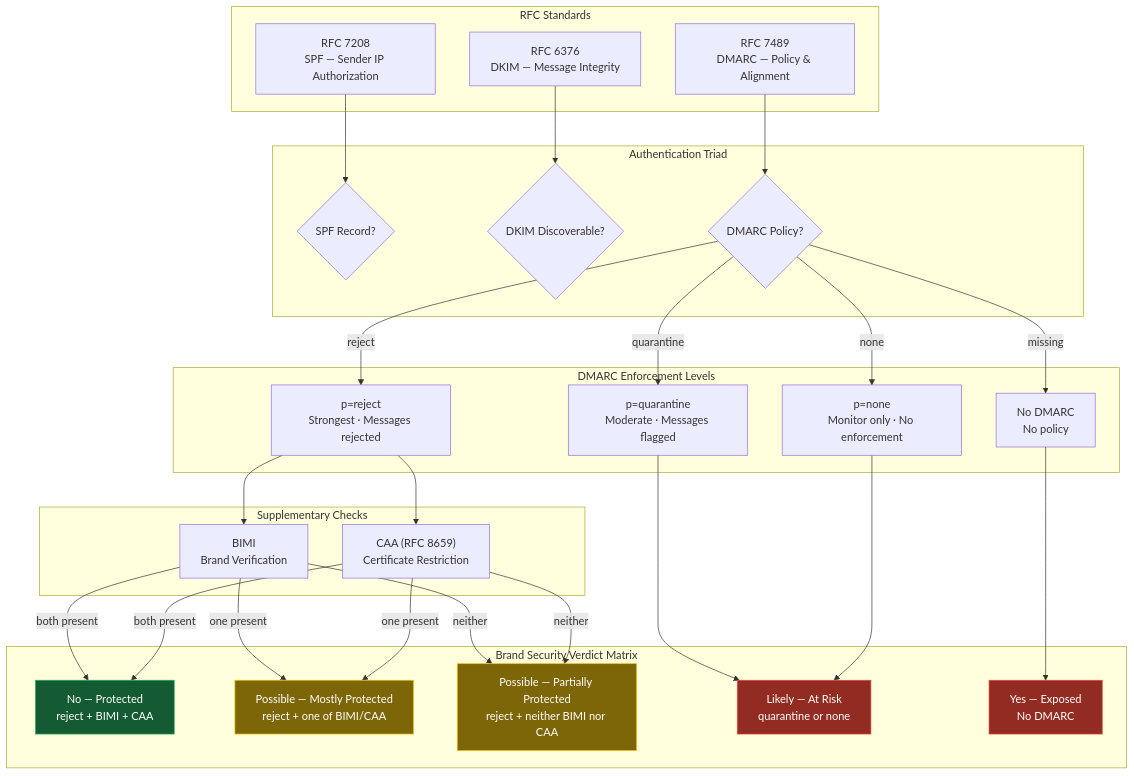
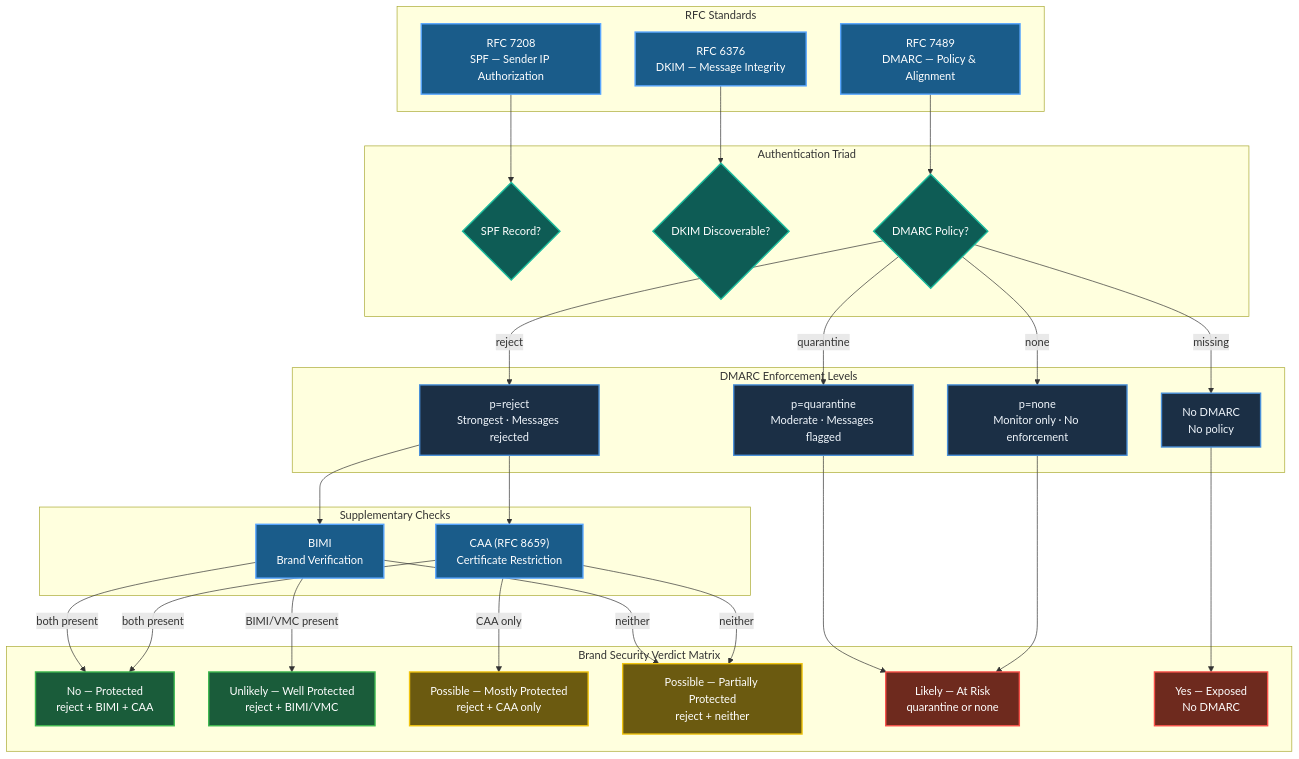
One commit to careyjames/DnsToolWeb changed the fifth of 7 diagrams in docs/architecture/SYSTEM_ARCHITECTURE.md. Above: the diagram before and after it, drawn with Mermaid. The commit also changed other lines of this file and 1 other file, not shown here.

First line of the commit message:
Enhance system architecture diagrams with brighter colors and updated styling

````diff
--- a/docs/architecture/SYSTEM_ARCHITECTURE.md
+++ b/docs/architecture/SYSTEM_ARCHITECTURE.md
@@ -233,56 +251,65 @@
 ```mermaid
 graph TB
     subgraph "RFC Standards"
         RFC7208["RFC 7208<br/>SPF — Sender IP Authorization"]
         RFC6376["RFC 6376<br/>DKIM — Message Integrity"]
         RFC7489["RFC 7489<br/>DMARC — Policy & Alignment"]
     end
 
     subgraph "Authentication Triad"
         SPFCheck{"SPF Record?"}
         DKIMCheck{"DKIM Discoverable?"}
         DMARCCheck{"DMARC Policy?"}
     end
 
     subgraph "DMARC Enforcement Levels"
         Reject["p=reject<br/>Strongest · Messages rejected"]
         Quarantine["p=quarantine<br/>Moderate · Messages flagged"]
         None["p=none<br/>Monitor only · No enforcement"]
         Missing["No DMARC<br/>No policy"]
     end
 
     subgraph "Supplementary Checks"
         BIMI2["BIMI<br/>Brand Verification"]
         CAA2["CAA (RFC 8659)<br/>Certificate Restriction"]
     end
 
     subgraph "Brand Security Verdict Matrix"
         Protected["No — Protected<br/>reject + BIMI + CAA"]
-        MostlyP["Possible — Mostly Protected<br/>reject + one of BIMI/CAA"]
-        PartialP["Possible — Partially Protected<br/>reject + neither BIMI nor CAA"]
+        WellP["Unlikely — Well Protected<br/>reject + BIMI/VMC"]
+        MostlyP["Possible — Mostly Protected<br/>reject + CAA only"]
+        PartialP["Possible — Partially Protected<br/>reject + neither"]
         AtRisk["Likely — At Risk<br/>quarantine or none"]
         Exposed["Yes — Exposed<br/>No DMARC"]
     end
 
     RFC7208 --> SPFCheck
     RFC6376 --> DKIMCheck
     RFC7489 --> DMARCCheck
     DMARCCheck -->|"reject"| Reject
     DMARCCheck -->|"quarantine"| Quarantine
     DMARCCheck -->|"none"| None
     DMARCCheck -->|"missing"| Missing
     Reject --> BIMI2 & CAA2
     BIMI2 & CAA2 -->|"both present"| Protected
-    BIMI2 & CAA2 -->|"one present"| MostlyP
+    BIMI2 -->|"BIMI/VMC present"| WellP
+    CAA2 -->|"CAA only"| MostlyP
     BIMI2 & CAA2 -->|"neither"| PartialP
     Quarantine --> AtRisk
     None --> AtRisk
     Missing --> Exposed
 
-    classDef safe fill:#145a32,stroke:#27ae60,color:#fff
-    classDef warn fill:#7d6608,stroke:#f1c40f,color:#fff
-    classDef danger fill:#922b21,stroke:#e74c3c,color:#fff
-    class Protected safe
+    classDef default fill:#1b2f45,stroke:#4a90d9,stroke-width:2px,color:#f0f6fc
+    classDef safe fill:#1a5c3a,stroke:#3fb950,stroke-width:2px,color:#fff
+    classDef warn fill:#6b5a10,stroke:#f1c40f,stroke-width:2px,color:#fff
+    classDef danger fill:#6e2a1e,stroke:#f85149,stroke-width:2px,color:#fff
+    classDef rfc fill:#1a5c8a,stroke:#58a6ff,stroke-width:2px,color:#fff
+    classDef check fill:#0e5c55,stroke:#1abc9c,stroke-width:2px,color:#fff
+    class Protected,WellP safe
     class MostlyP,PartialP warn
     class AtRisk,Exposed danger
+    class RFC7208,RFC6376,RFC7489 rfc
+    class SPFCheck,DKIMCheck,DMARCCheck check
+    class Reject,Quarantine,None,Missing default
+    class BIMI2,CAA2 rfc
 ```
````
